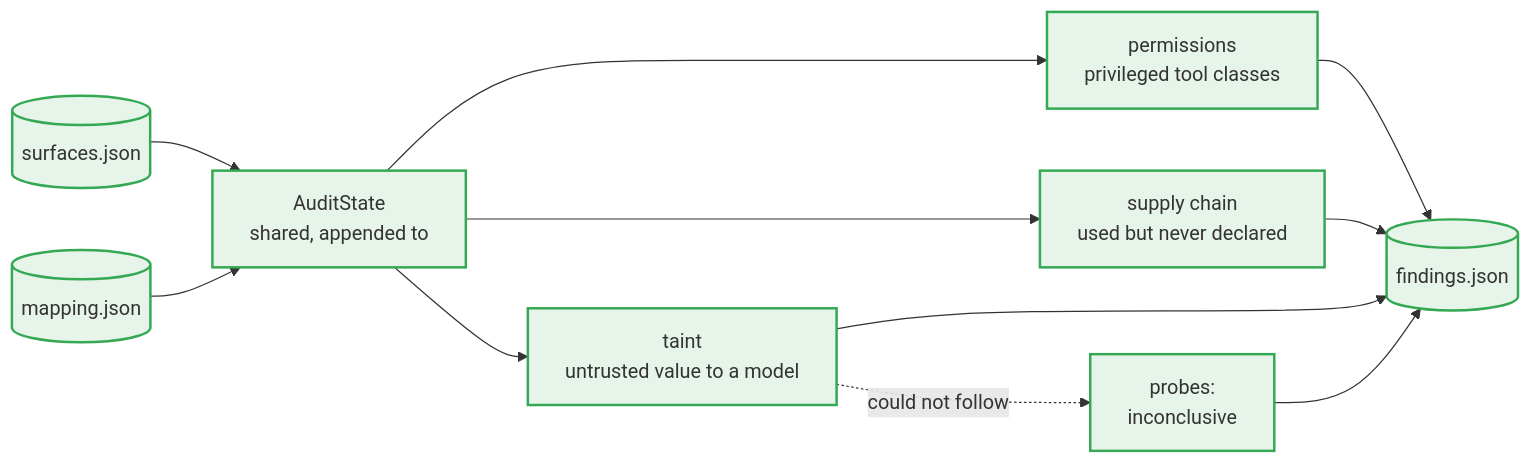
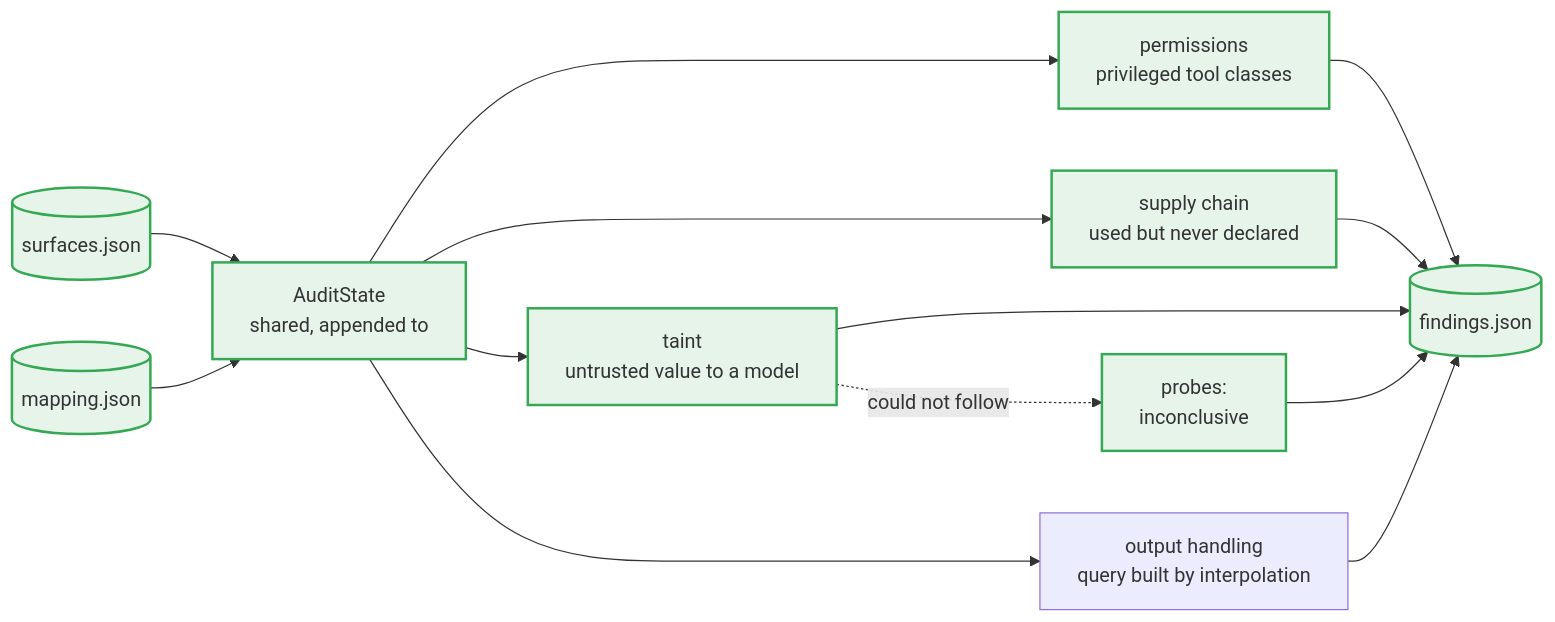
One commit to heinthtnaung/AgenticLLMAppAuditor changed the fourth of 10 diagrams in docs/FLOW.md. Above: the diagram before and after it, drawn with Mermaid. The commit also changed other lines of this file and 312 other files, not shown here.

````diff
--- a/docs/FLOW.md
+++ b/docs/FLOW.md
@@ -229,16 +303,18 @@
 ```mermaid
 flowchart LR
     S[(surfaces.json)] --> W
     M[(mapping.json)] --> W
     W[AuditState<br/>shared, appended to] --> P1[permissions<br/>privileged tool classes]
     W --> P2[supply chain<br/>used but never declared]
     W --> P3[taint<br/>untrusted value to a model]
+    W --> P4[output handling<br/>query built by interpolation]
     P1 --> F[(findings.json)]
     P2 --> F
     P3 --> F
+    P4 --> F
     P3 -.->|could not follow| PR[probes:<br/>inconclusive]
     PR --> F
 
     classDef built fill:#e6f4ea,stroke:#34a853,stroke-width:2px
     class S,M,W,P1,P2,P3,F,PR built
 ```
````
